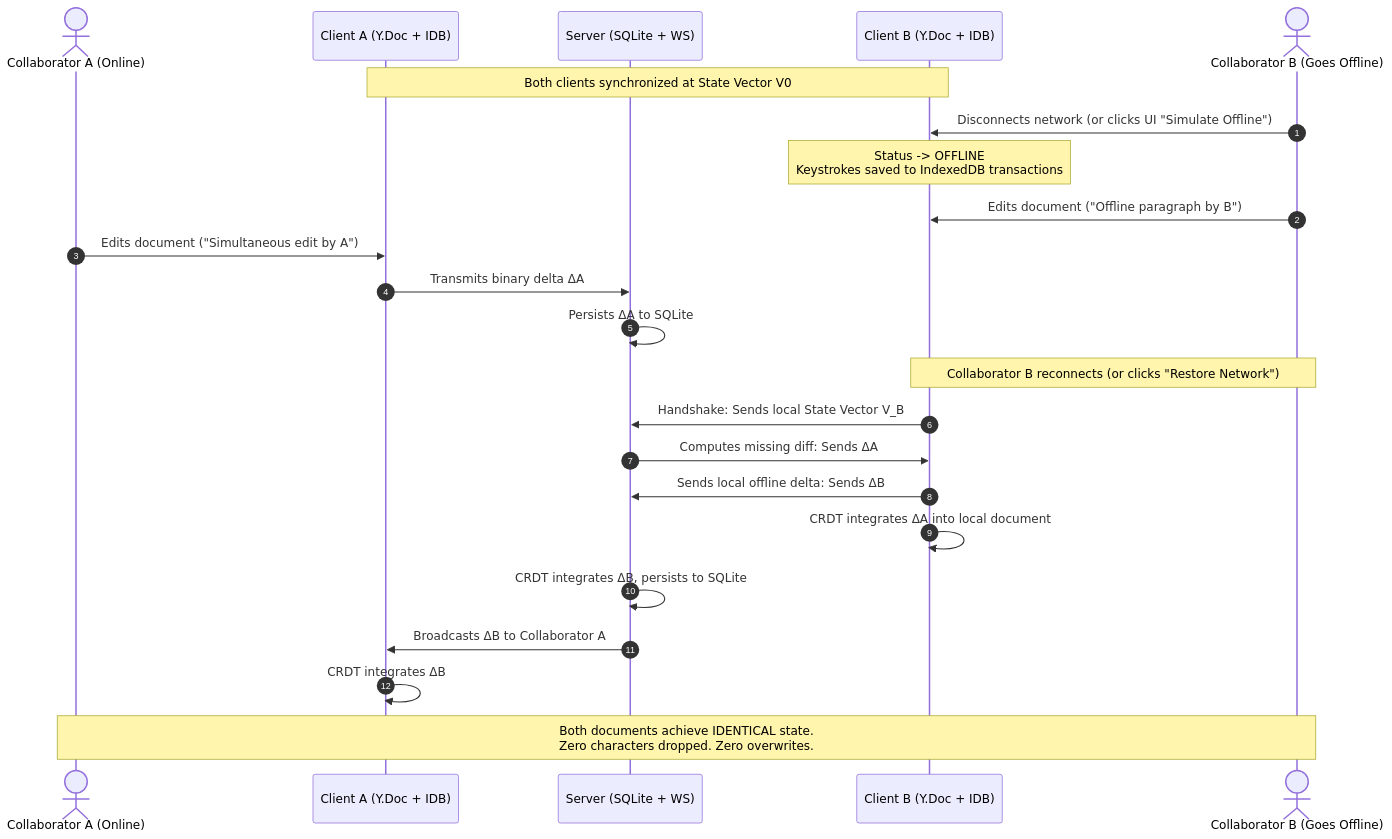
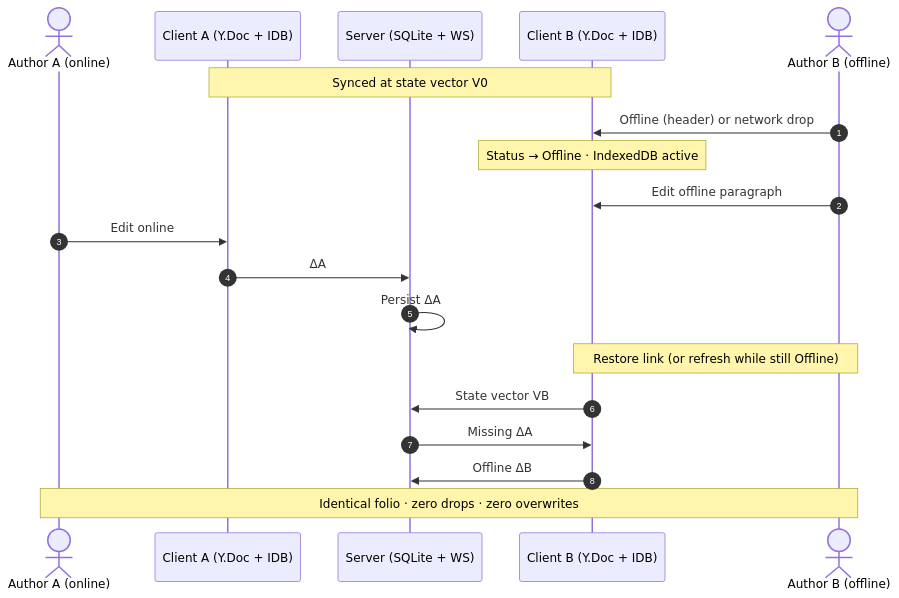
The second of 2 diagrams in README.md (sevara-s/ProTrux-docs), drawn with Mermaid before and after one commit. The commit also changed other lines of this file and 40 other files, not shown here.

````diff
--- a/README.md
+++ b/README.md
@@ -104,30 +95,24 @@
 ```mermaid
 sequenceDiagram
     autonumber
-    actor UserA as Collaborator A (Online)
+    actor UserA as Author A (online)
     participant ClientA as Client A (Y.Doc + IDB)
     participant Server as Server (SQLite + WS)
     participant ClientB as Client B (Y.Doc + IDB)
-    actor UserB as Collaborator B (Goes Offline)
+    actor UserB as Author B (offline)
 
-    Note over ClientA,ClientB: Both clients synchronized at State Vector V0
+    Note over ClientA,ClientB: Synced at state vector V0
 
-    UserB->>ClientB: Disconnects network (or clicks UI "Simulate Offline")
-    Note over ClientB: Status -> OFFLINE<br/>Keystrokes saved to IndexedDB transactions
-    UserB->>ClientB: Edits document ("Offline paragraph by B")
+    UserB->>ClientB: Offline (header) or network drop
+    Note over ClientB: Status → Offline · IndexedDB active
+    UserB->>ClientB: Edit offline paragraph
+    UserA->>ClientA: Edit online
+    ClientA->>Server: ΔA
+    Server->>Server: Persist ΔA
 
-    UserA->>ClientA: Edits document ("Simultaneous edit by A")
-    ClientA->>Server: Transmits binary delta ΔA
-    Server->>Server: Persists ΔA to SQLite
-
-    Note over UserB,ClientB: Collaborator B reconnects (or clicks "Restore Network")
-    ClientB->>Server: Handshake: Sends local State Vector V_B
-    Server->>ClientB: Computes missing diff: Sends ΔA
-    ClientB->>Server: Sends local offline delta: Sends ΔB
-    ClientB->>ClientB: CRDT integrates ΔA into local document
-    Server->>Server: CRDT integrates ΔB, persists to SQLite
-    Server->>ClientA: Broadcasts ΔB to Collaborator A
-    ClientA->>ClientA: CRDT integrates ΔB
-
-    Note over UserA,UserB: Both documents achieve IDENTICAL state.<br/>Zero characters dropped. Zero overwrites.
+    Note over UserB,ClientB: Restore link (or refresh while still Offline)
+    ClientB->>Server: State vector VB
+    Server->>ClientB: Missing ΔA
+    ClientB->>Server: Offline ΔB
+    Note over UserA,UserB: Identical folio · zero drops · zero overwrites
 ```
````
